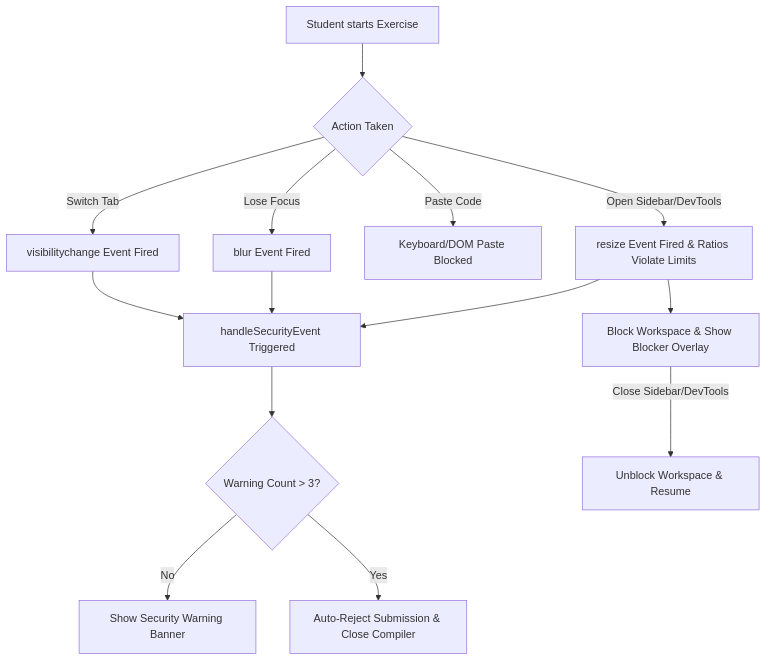
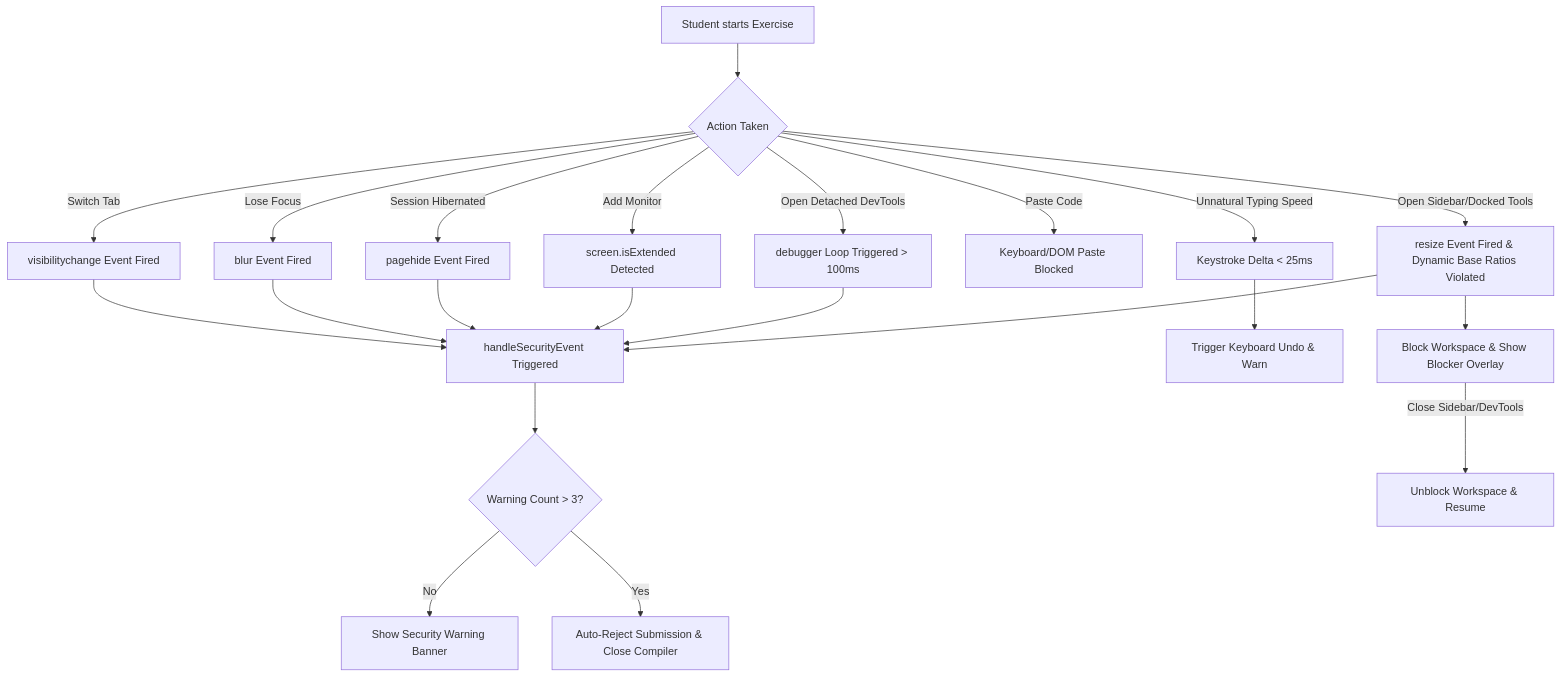
Diagram 16 of 24 in README.md (suyash-rgb/JS-Mentor), drawn with Mermaid before and after one commit. The commit also changed other lines of this file and 1 other file, not shown here.

Commit message:
docs: anti-cheat logic

````diff
--- a/README.md
+++ b/README.md
@@ -606,19 +606,32 @@
 ```mermaid
 flowchart TD
     A[Student starts Exercise] --> B{Action Taken}
+    
     B -- Switch Tab --> C[visibilitychange Event Fired]
     B -- Lose Focus --> D[blur Event Fired]
+    B -- Session Hibernated --> HIB[pagehide Event Fired]
+    B -- Add Monitor --> MON[screen.isExtended Detected]
+    
+    B -- Unnatural Typing Speed --> KSD[Keystroke Delta < 25ms]
     B -- Paste Code --> E[Keyboard/DOM Paste Blocked]
-    B -- Open Sidebar/DevTools --> K[resize Event Fired & Ratios Violate Limits]
+    
+    B -- Open Detached DevTools --> DEV[debugger Loop Triggered > 100ms]
+    B -- Open Sidebar/Docked Tools --> K[resize Event Fired & Dynamic Base Ratios Violated]
     
     C --> F[handleSecurityEvent Triggered]
     D --> F
+    HIB --> F
+    MON --> F
+    DEV --> F
     K --> F
+    
+    KSD --> UNDO[Trigger Keyboard Undo & Warn]
+    
     K --> J[Block Workspace & Show Blocker Overlay]
     
     F --> G{Warning Count > 3?}
     G -- No --> H[Show Security Warning Banner]
     G -- Yes --> I[Auto-Reject Submission & Close Compiler]
     
     J -- Close Sidebar/DevTools --> L[Unblock Workspace & Resume]
 ```
````
